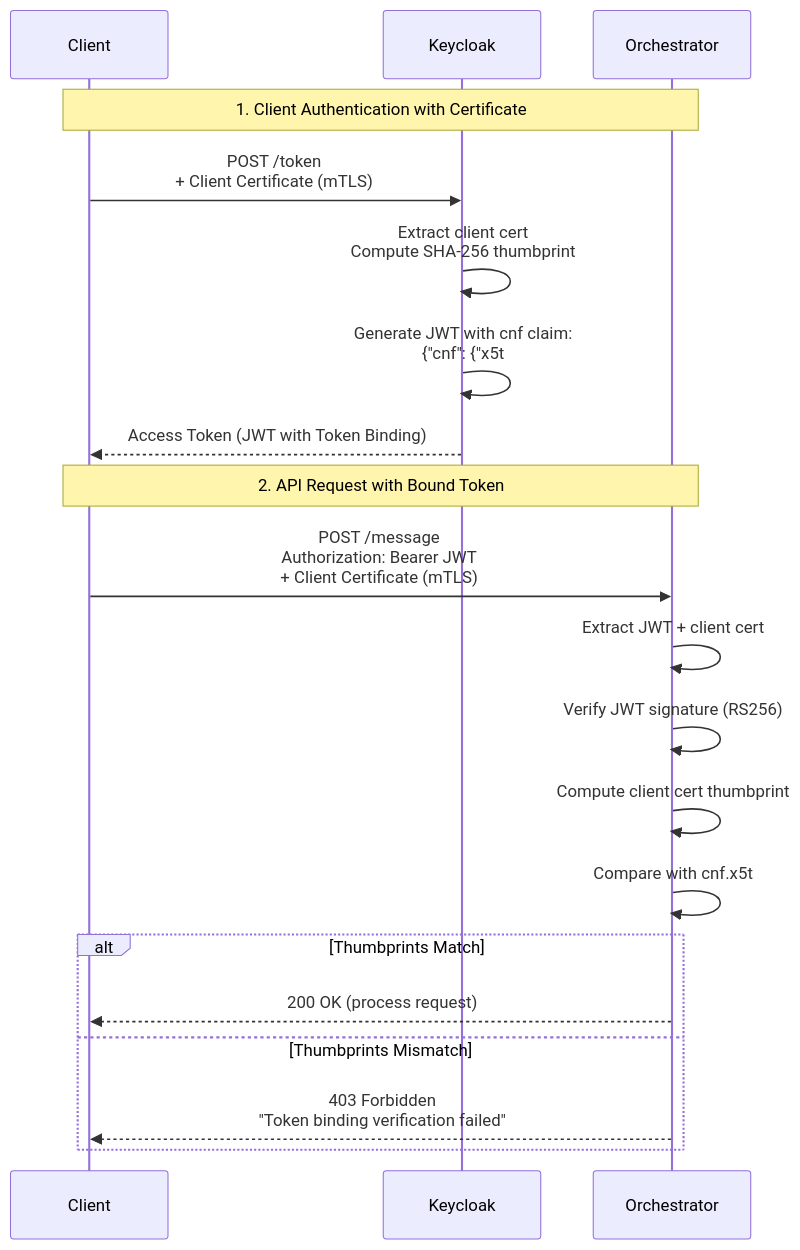
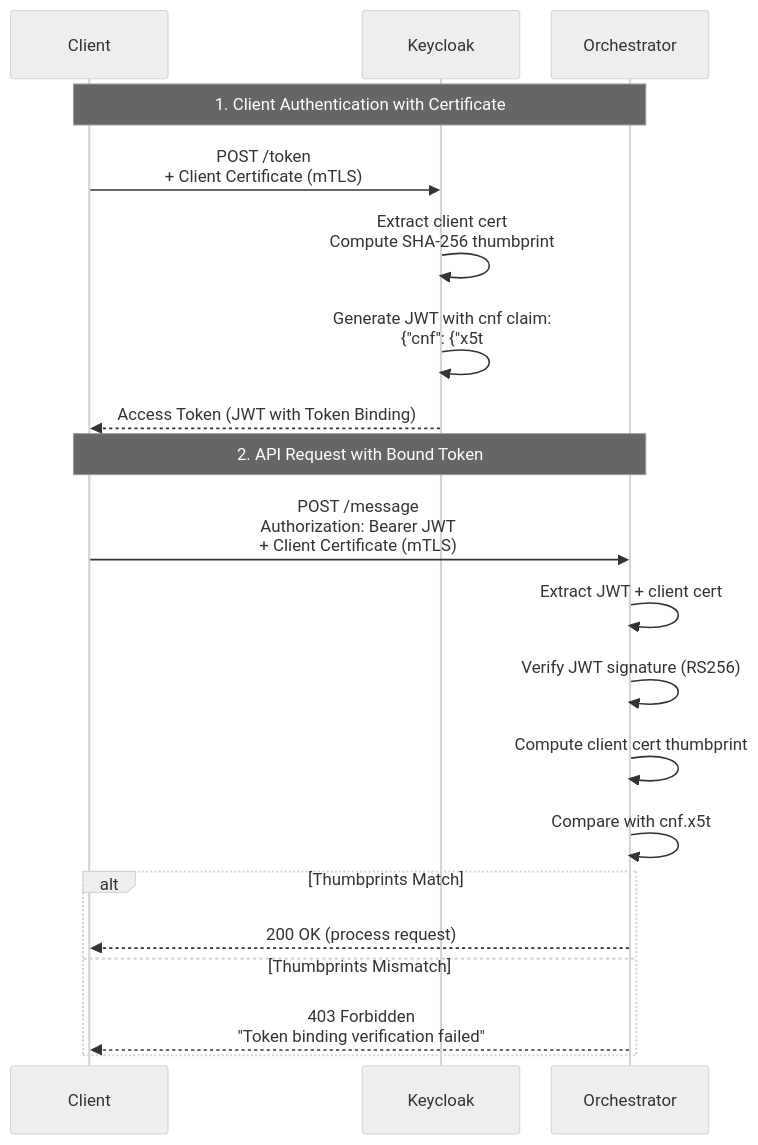
The sixth of 10 diagrams in CA_A2A_COMPLETE_SECURITY_DOCUMENTATION.md (jaafar-benabderrazak/ca_a2a), drawn with Mermaid before and after one commit. The commit also changed other lines of this file and 1 other file, not shown here.

Commit message:
Make Mermaid graphs compact with 8px font size

````diff
--- a/CA_A2A_COMPLETE_SECURITY_DOCUMENTATION.md
+++ b/CA_A2A_COMPLETE_SECURITY_DOCUMENTATION.md
@@ -558,27 +559,28 @@
 ```mermaid
+%%{init: {"theme":"neutral","themeVariables":{"fontSize":"8px","fontFamily":"sans-serif"},"sequence":{"actorFontSize":"8px","messageFontSize":"8px","noteFontSize":"7px","actorMargin":30,"boxMargin":5}}}%%
 sequenceDiagram
     participant Client
     participant Keycloak
     participant Orchestrator
     
     Note over Client,Orchestrator: 1. Client Authentication with Certificate
     
     Client->>Keycloak: POST /token<br/>+ Client Certificate (mTLS)
     Keycloak->>Keycloak: Extract client cert<br/>Compute SHA-256 thumbprint
     Keycloak->>Keycloak: Generate JWT with cnf claim:<br/>{"cnf": {"x5t#S256": "abc123..."}}
     Keycloak-->>Client: Access Token (JWT with Token Binding)
     
     Note over Client,Orchestrator: 2. API Request with Bound Token
     
     Client->>Orchestrator: POST /message<br/>Authorization: Bearer JWT<br/>+ Client Certificate (mTLS)
     Orchestrator->>Orchestrator: Extract JWT + client cert
     Orchestrator->>Orchestrator: Verify JWT signature (RS256)
     Orchestrator->>Orchestrator: Compute client cert thumbprint
     Orchestrator->>Orchestrator: Compare with cnf.x5t#S256 claim
     
     alt Thumbprints Match
         Orchestrator-->>Client: 200 OK (process request)
     else Thumbprints Mismatch
         Orchestrator-->>Client: 403 Forbidden<br/>"Token binding verification failed"
     end
 ```
````
